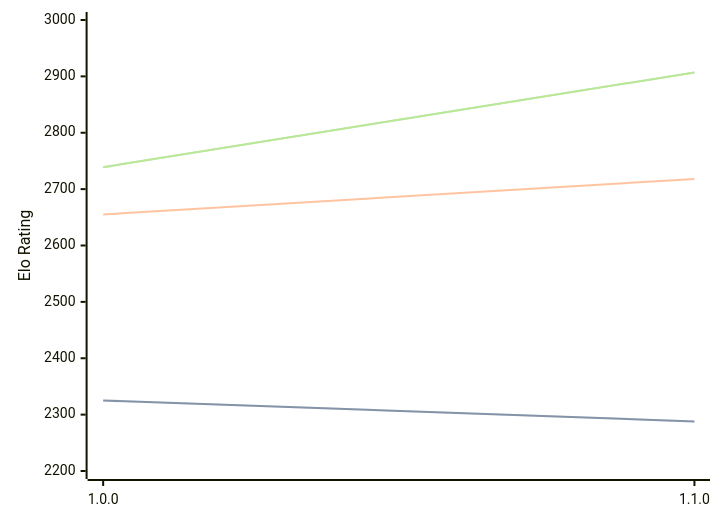
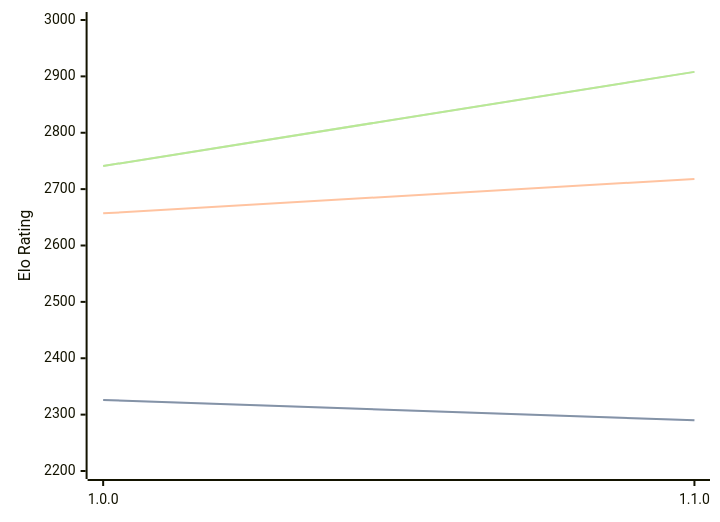
The diagram in engines/ShallowGuess.md (computer-chess-index/cci), drawn with Mermaid before and after one commit. The commit also changed other lines of this file, not shown here.

Commit message:
Update CCI Ratings (ELO VLTC) - 2026-08-26

````diff
--- a/engines/ShallowGuess.md
+++ b/engines/ShallowGuess.md
@@ -32,11 +32,11 @@
 ```mermaid
 %%{init: {"theme":"base","themeVariables":{"seriesColors:['#a3a3a3','#222221','#faa371']}}}%%
 xychart-beta
   x-axis ["1.0.0", "1.1.0"]
   y-axis "Elo Rating" 2200 --> 3000
-  line "STC (8.0+0.08s)" [2325, 2288]
-  line "STC (8.0+0.08s)" [2325, 2288]
-  line "LTC (60.0+0.60s)" [2655, 2718]
-  line "VLTC (2m24s+1.12s)" [2739, 2907]
-  line "VLTC (2m24s+1.12s)" [2739, 2907]
+  line "STC (8.0+0.08s)" [2326, 2290]
+  line "STC (8.0+0.08s)" [2326, 2290]
+  line "LTC (60.0+0.60s)" [2657, 2718]
+  line "VLTC (2m24s+1.12s)" [2741, 2908]
+  line "VLTC (2m24s+1.12s)" [2741, 2908]
 ```
````
